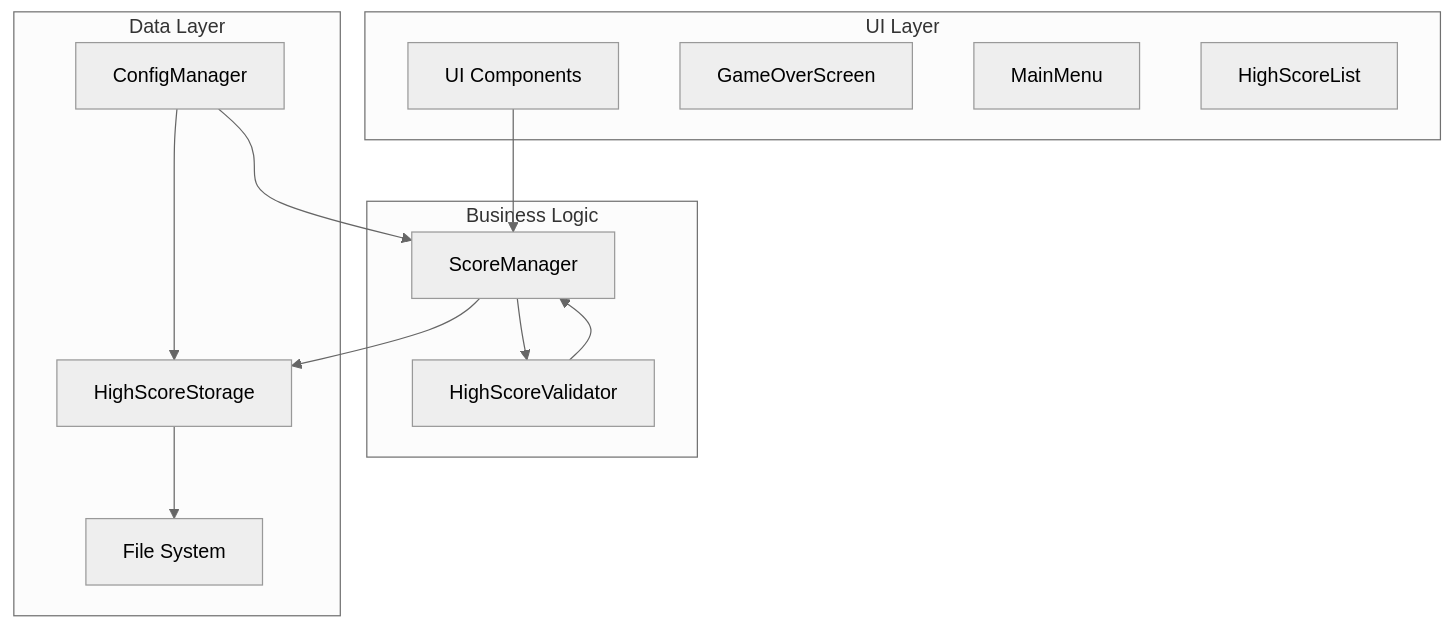
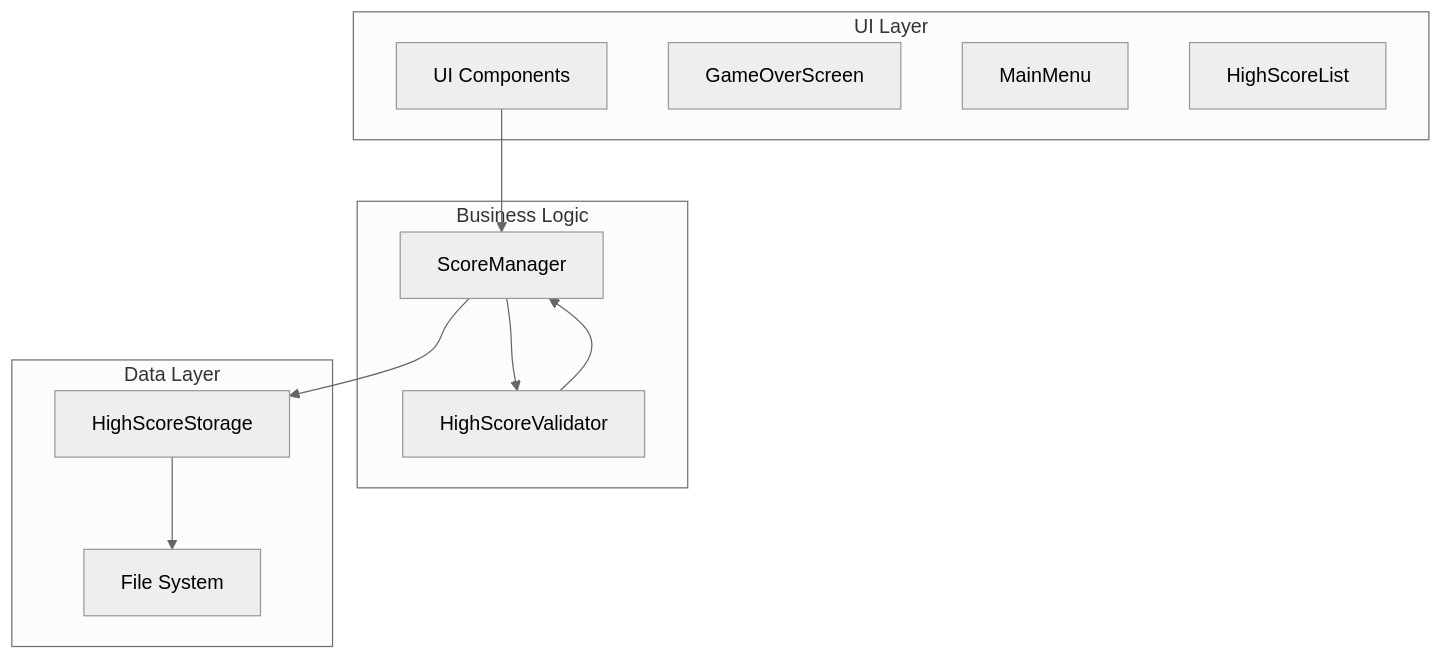
One commit to Tartelati/Jousting changed the diagram in .kiro/specs/high-score-save-system/design.md. Above: the diagram before and after it, drawn with Mermaid (neutral theme). The commit also changed other lines of this file and 40 other files, not shown here.

````diff
--- a/.kiro/specs/high-score-save-system/design.md
+++ b/.kiro/specs/high-score-save-system/design.md
@@ -13,28 +13,26 @@
 ```mermaid
 graph TB
     UI[UI Components] --> SM[ScoreManager]
     SM --> HSS[HighScoreStorage]
     SM --> HSV[HighScoreValidator]
     HSS --> FS[File System]
     HSV --> SM
-    CFG[ConfigManager] --> HSS
-    CFG --> SM
+
     
     subgraph "UI Layer"
         UI
         GMO[GameOverScreen]
         MM[MainMenu]
         HSL[HighScoreList]
     end
     
     subgraph "Business Logic"
         SM
         HSV
     end
     
     subgraph "Data Layer"
         HSS
-        CFG
         FS
     end
 ```
````
